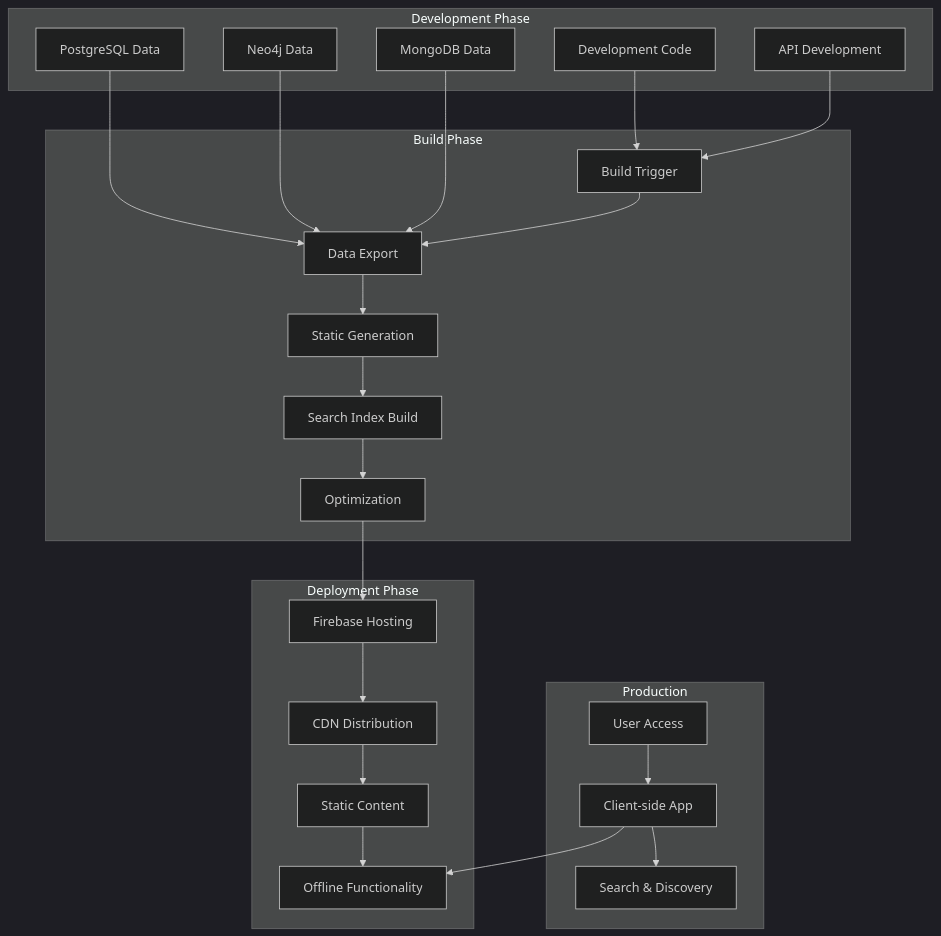
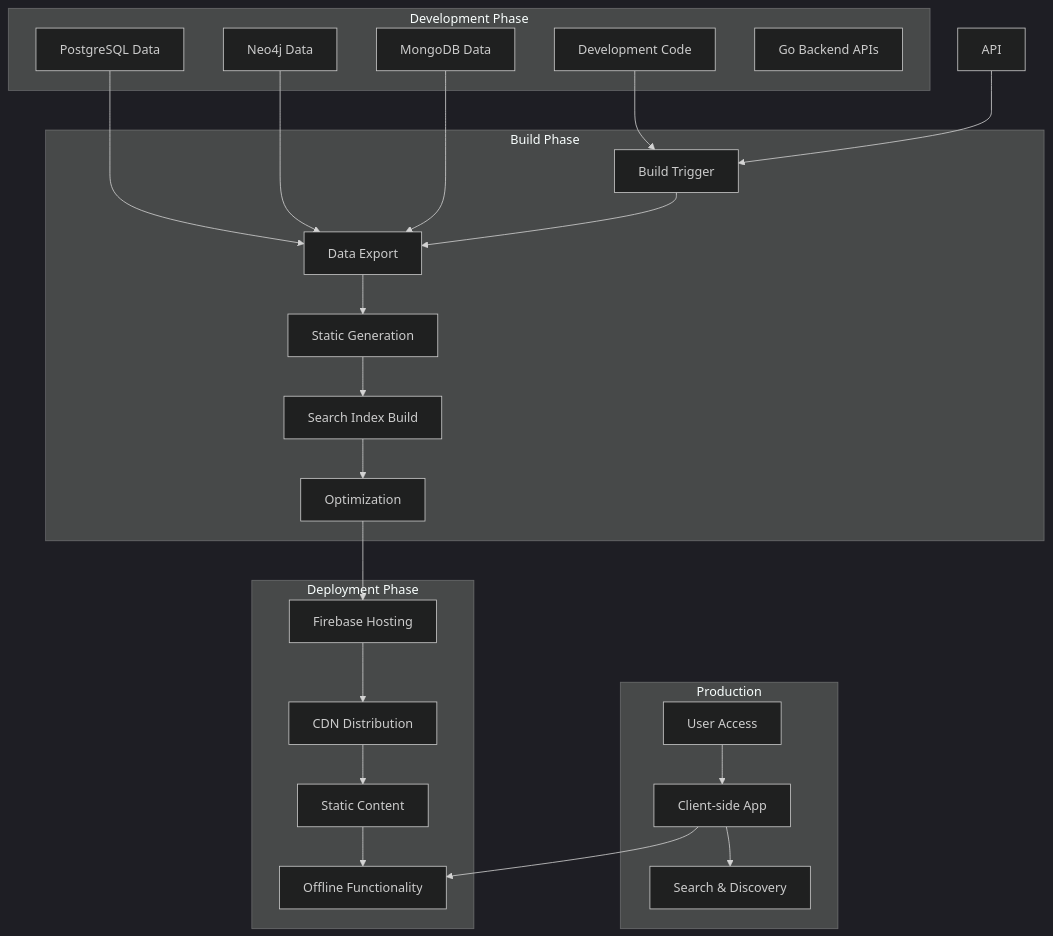
One commit to Dragon745/MuslimTree.org changed diagram 13 of 30 in Docs/Planning & Analysis Stage/04. system-architecture-document.md. Above: the diagram before and after it, drawn with Mermaid (dark theme). The commit also changed other lines of this file, not shown here.

Commit message:
Update 04. system-architecture-document.md

````diff
--- a/Docs/Planning & Analysis Stage/04. system-architecture-document.md
+++ b/Docs/Planning & Analysis Stage/04. system-architecture-document.md
@@ -514,49 +699,49 @@
 ```mermaid
 flowchart TD
     subgraph "Development Phase"
         DC[Development Code]
         PG[PostgreSQL Data]
         NG[Neo4j Data]
         MG[MongoDB Data]
-        API[API Development]
+        GO[Go Backend APIs]
     end
 
     subgraph "Build Phase"
         BP[Build Trigger]
         DE[Data Export]
         SG[Static Generation]
         SI[Search Index Build]
         OP[Optimization]
     end
 
     subgraph "Deployment Phase"
         FH[Firebase Hosting]
         CD[CDN Distribution]
         SC[Static Content]
         OF[Offline Assets]
     end
 
     subgraph "Production"
         US[User Access]
         CL[Client-side App]
         OF[Offline Functionality]
         SE[Search & Discovery]
     end
 
     DC --> BP
     PG --> DE
     NG --> DE
     MG --> DE
     API --> BP
     BP --> DE
     DE --> SG
     SG --> SI
     SI --> OP
     OP --> FH
     FH --> CD
     CD --> SC
     SC --> OF
     US --> CL
     CL --> OF
     CL --> SE
 ```
````
